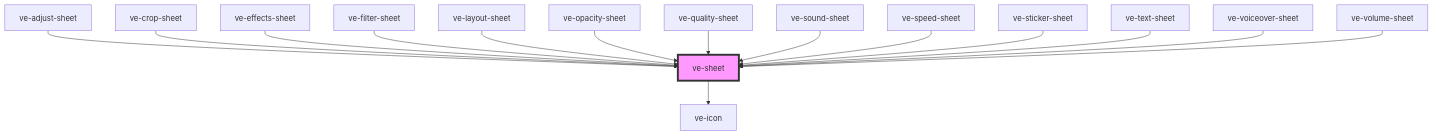
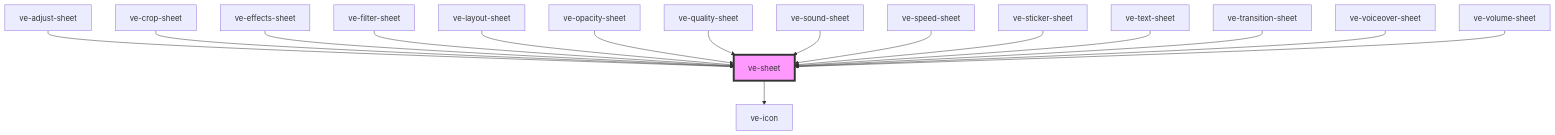
The diagram in src/components/ve-sheet/readme.md (dotnetdreamer/capacitor-video-kit), drawn with Mermaid before and after one commit. The commit also changed other lines of this file and 72 other files, not shown here.

````diff
--- a/src/components/ve-sheet/readme.md
+++ b/src/components/ve-sheet/readme.md
@@ -134,18 +135,19 @@
 ```mermaid
 graph TD;
   ve-sheet --> ve-icon
   ve-adjust-sheet --> ve-sheet
   ve-crop-sheet --> ve-sheet
   ve-effects-sheet --> ve-sheet
   ve-filter-sheet --> ve-sheet
   ve-layout-sheet --> ve-sheet
   ve-opacity-sheet --> ve-sheet
   ve-quality-sheet --> ve-sheet
   ve-sound-sheet --> ve-sheet
   ve-speed-sheet --> ve-sheet
   ve-sticker-sheet --> ve-sheet
   ve-text-sheet --> ve-sheet
+  ve-transition-sheet --> ve-sheet
   ve-voiceover-sheet --> ve-sheet
   ve-volume-sheet --> ve-sheet
   style ve-sheet fill:#f9f,stroke:#333,stroke-width:4px
 ```
````
